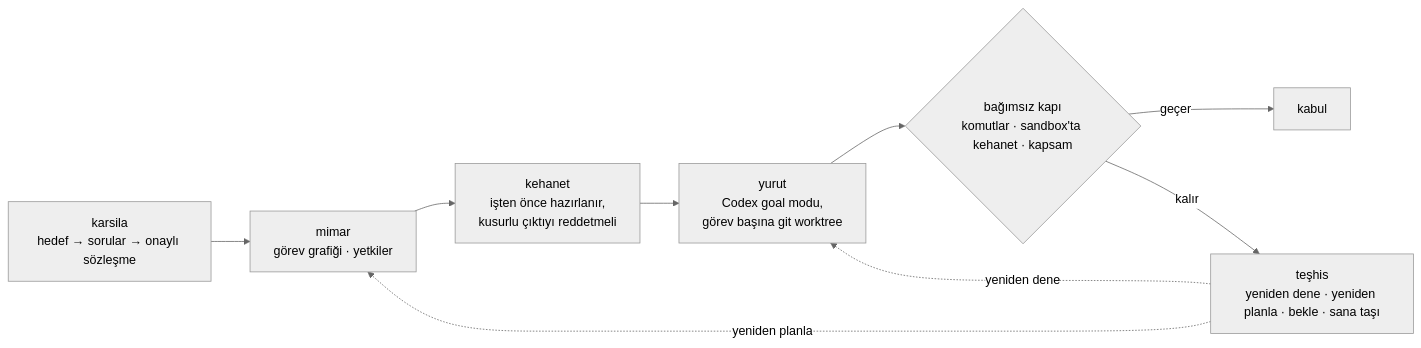
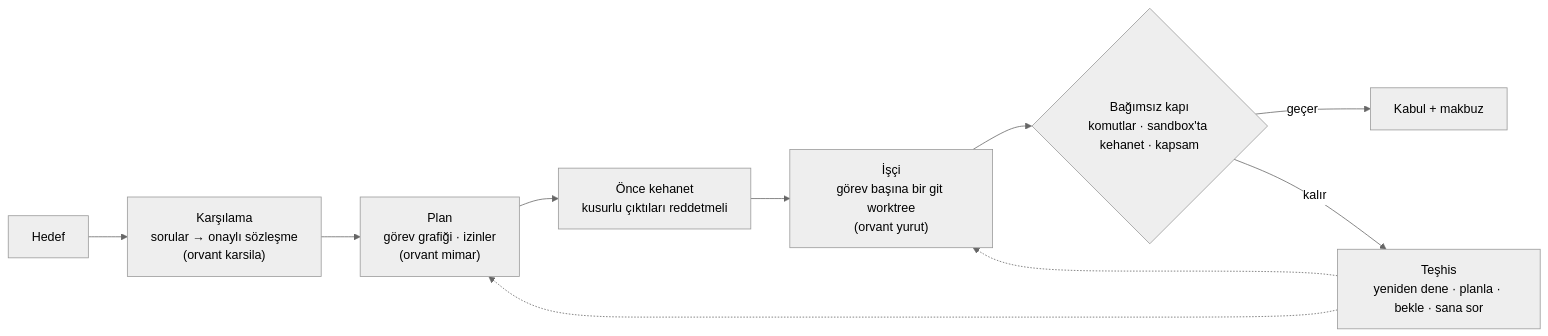
The diagram in README.tr.md (fornhere/orvant), drawn with Mermaid (neutral theme) before and after one commit. The commit also changed other lines of this file, not shown here.

````diff
--- a/README.tr.md
+++ b/README.tr.md
@@ -27,11 +49,12 @@
 ```mermaid
 flowchart LR
-    K["karsila<br/>hedef → sorular → onaylı sözleşme"] --> M["mimar<br/>görev grafiği · yetkiler"]
-    M --> O["kehanet<br/>işten önce hazırlanır,<br/>kusurlu çıktıyı reddetmeli"]
-    O --> Y["yurut<br/>Codex goal modu,<br/>görev başına git worktree"]
-    Y --> G{"bağımsız kapı<br/>komutlar · sandbox'ta kehanet · kapsam"}
-    G -- geçer --> A["kabul"]
-    G -- kalır --> T["teşhis<br/>yeniden dene · yeniden planla · bekle · sana taşı"]
-    T -. yeniden dene .-> Y
-    T -. yeniden planla .-> M
+  G["Hedef"] --> I["Karşılama<br/>sorular → onaylı sözleşme<br/>(orvant karsila)"]
+  I --> P["Plan<br/>görev grafiği · izinler<br/>(orvant mimar)"]
+  P --> O["Önce kehanet<br/>kusurlu çıktıları reddetmeli"]
+  O --> W["İşçi<br/>görev başına bir git worktree<br/>(orvant yurut)"]
+  W --> GA{"Bağımsız kapı<br/>komutlar · sandbox'ta kehanet · kapsam"}
+  GA -- geçer --> A["Kabul + makbuz"]
+  GA -- kalır --> D["Teşhis<br/>yeniden dene · planla · bekle · sana sor"]
+  D -.-> W
+  D -.-> P
 ```
````
